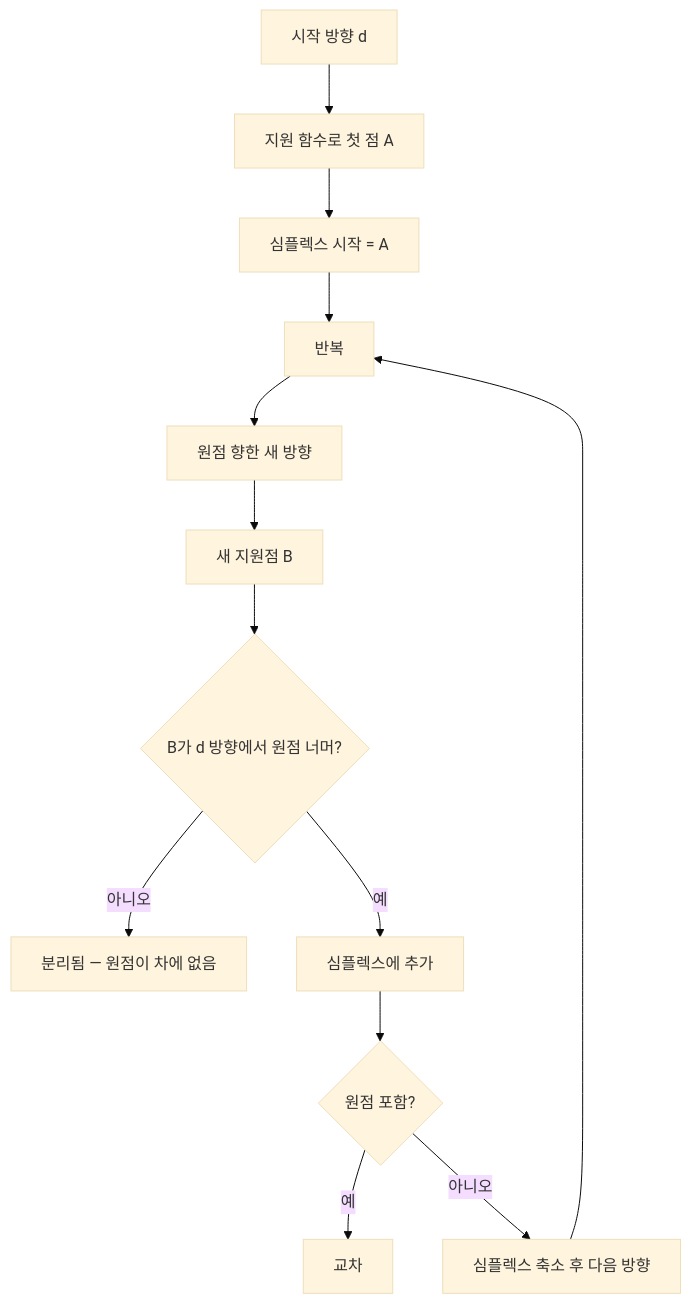
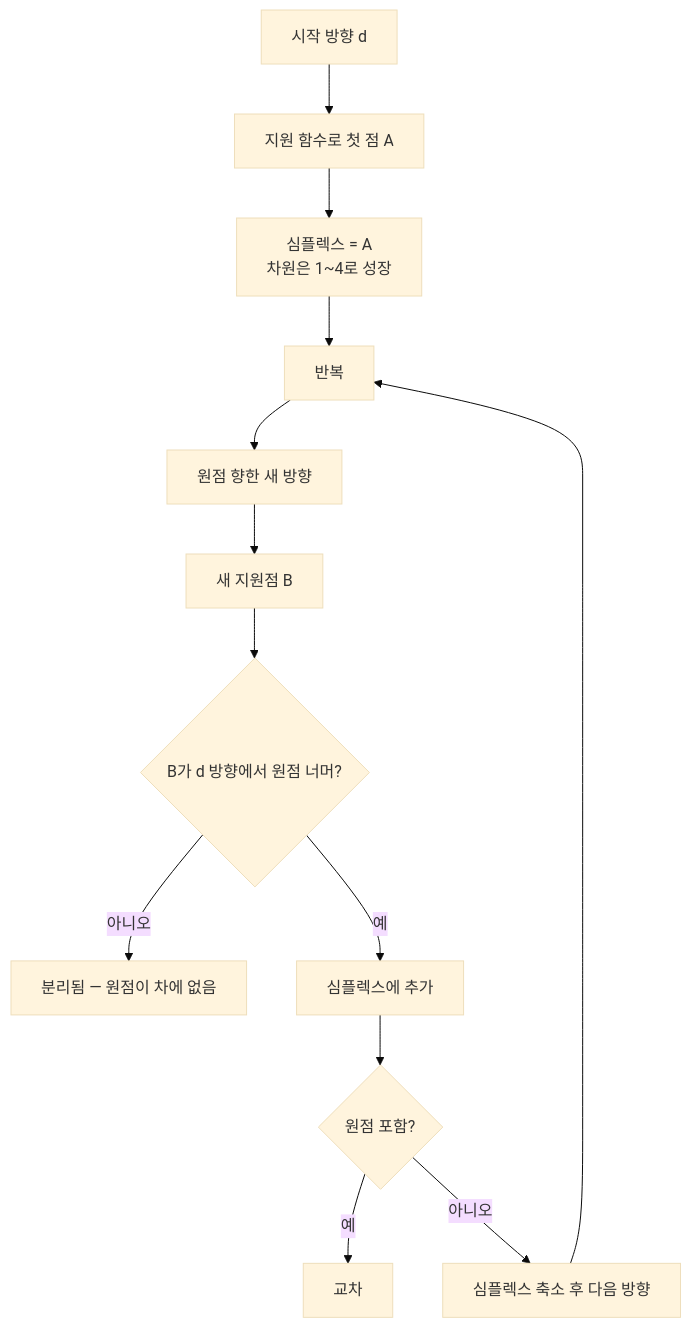
Before and after one commit to Rein-ArXiv/game-dev-curriculum: the fourth of 8 diagrams in math/part13_collision_gjk_epa.md, drawn with Mermaid (base theme). The commit also changed other lines of this file and 279 other files, not shown here.

````diff
--- a/math/part13_collision_gjk_epa.md
+++ b/math/part13_collision_gjk_epa.md
@@ -205,15 +216,15 @@
 ```mermaid
 flowchart TD
     Start[시작 방향 d] --> Sup[지원 함수로 첫 점 A]
-    Sup --> Simplex[심플렉스 시작 = A]
+    Sup --> Simplex[심플렉스 = A<br/>차원은 1~4로 성장]
     Simplex --> Loop[반복]
     Loop --> NewDir[원점 향한 새 방향]
     NewDir --> NewSup[새 지원점 B]
     NewSup --> Q1{B가 d 방향에서 원점 너머?}
     Q1 -->|아니오| Sep[분리됨 — 원점이 차에 없음]
     Q1 -->|예| Add[심플렉스에 추가]
     Add --> Q2{원점 포함?}
     Q2 -->|예| Cross[교차]
     Q2 -->|아니오| Reduce[심플렉스 축소 후 다음 방향]
     Reduce --> Loop
 ```
````
